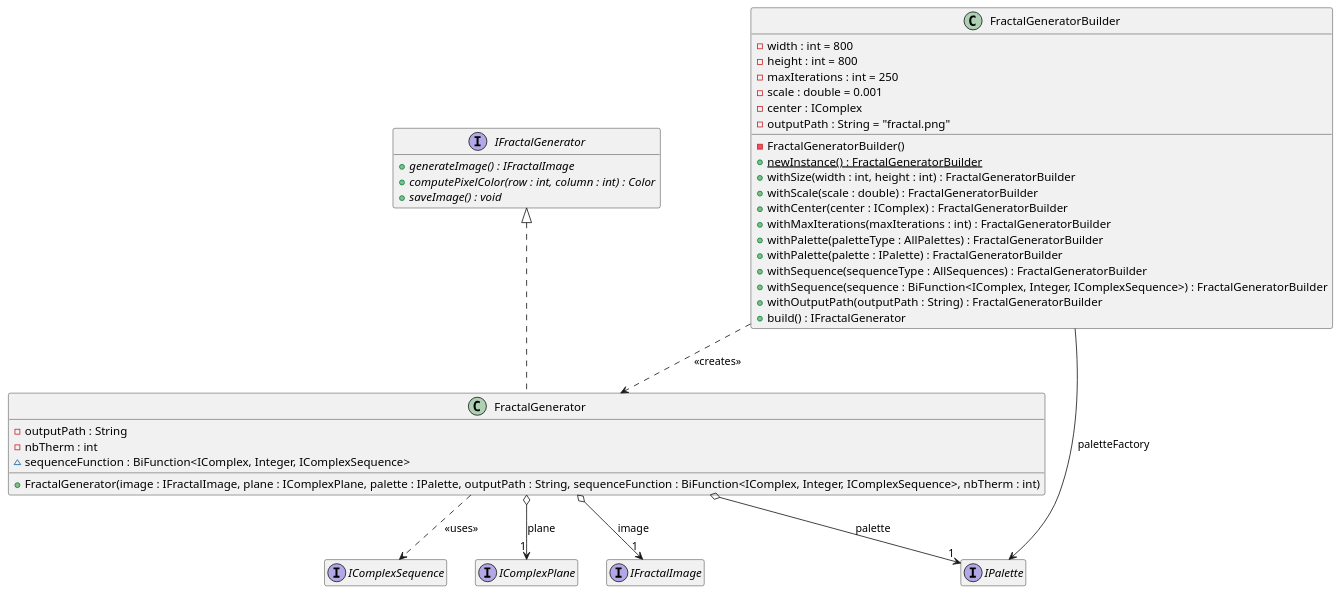
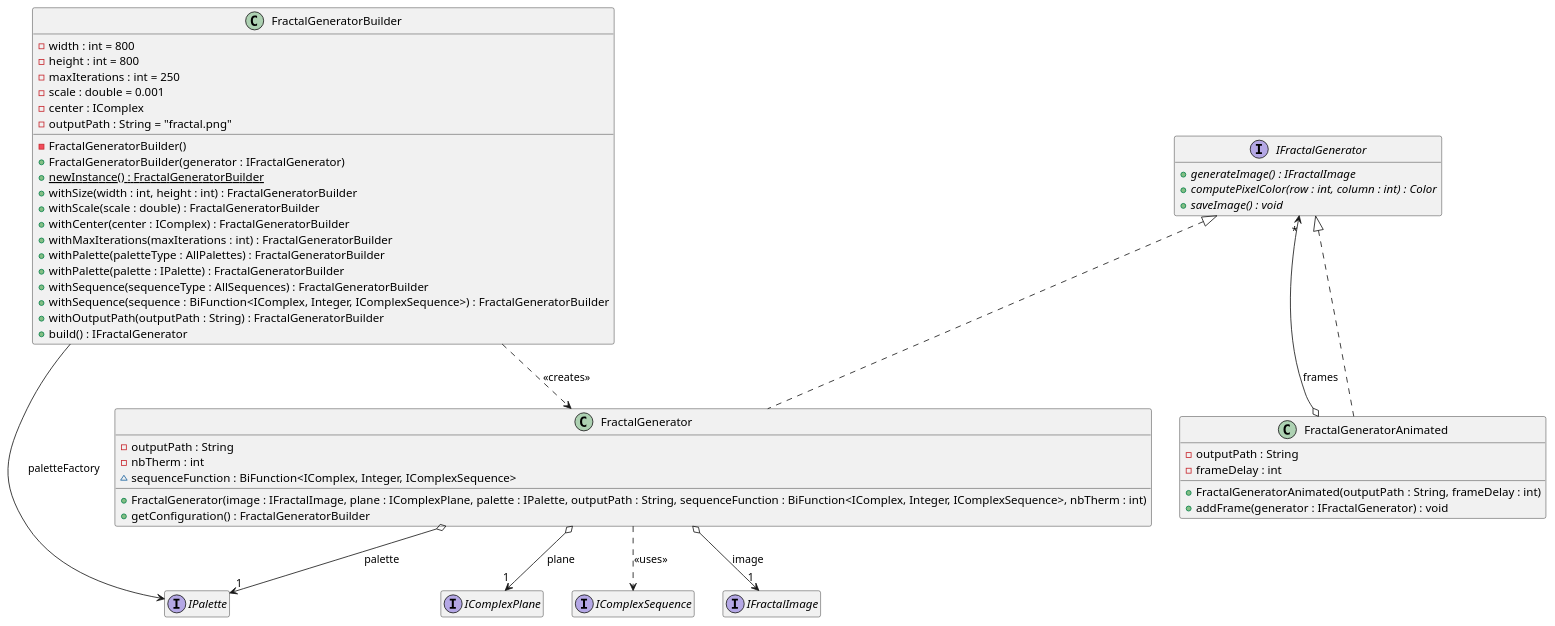
Before and after one commit to marietiers59/FractaLens: the sixth of 7 diagrams in README.md, drawn with PlantUML. The commit also changed other lines of this file, not shown here.

````diff
--- a/README.md
+++ b/README.md
@@ -378,52 +465,63 @@
 ```plantuml
 @startuml
 hide empty members
 
 interface IFractalGenerator {
     + {abstract} generateImage() : IFractalImage
     + {abstract} computePixelColor(row : int, column : int) : Color
     + {abstract} saveImage() : void
 }
 
 class FractalGenerator {
     - outputPath : String
     - nbTherm : int
     ~ sequenceFunction : BiFunction<IComplex, Integer, IComplexSequence>
     + FractalGenerator(image : IFractalImage, plane : IComplexPlane, palette : IPalette, outputPath : String, sequenceFunction : BiFunction<IComplex, Integer, IComplexSequence>, nbTherm : int)
+    + getConfiguration() : FractalGeneratorBuilder
+}
+
+class FractalGeneratorAnimated {
+    - outputPath : String
+    - frameDelay : int
+    + FractalGeneratorAnimated(outputPath : String, frameDelay : int)
+    + addFrame(generator : IFractalGenerator) : void
 }
 
 class FractalGeneratorBuilder {
     - width : int = 800
     - height : int = 800
     - maxIterations : int = 250
     - scale : double = 0.001
     - center : IComplex
     - outputPath : String = "fractal.png"
     - FractalGeneratorBuilder()
+    + FractalGeneratorBuilder(generator : IFractalGenerator)
     + {static} newInstance() : FractalGeneratorBuilder
     + withSize(width : int, height : int) : FractalGeneratorBuilder
     + withScale(scale : double) : FractalGeneratorBuilder
     + withCenter(center : IComplex) : FractalGeneratorBuilder
     + withMaxIterations(maxIterations : int) : FractalGeneratorBuilder
     + withPalette(paletteType : AllPalettes) : FractalGeneratorBuilder
     + withPalette(palette : IPalette) : FractalGeneratorBuilder
     + withSequence(sequenceType : AllSequences) : FractalGeneratorBuilder
     + withSequence(sequence : BiFunction<IComplex, Integer, IComplexSequence>) : FractalGeneratorBuilder
     + withOutputPath(outputPath : String) : FractalGeneratorBuilder
     + build() : IFractalGenerator
 }
 
 interface IFractalImage
 interface IComplexPlane
 interface IPalette
 interface IComplexSequence
 
 IFractalGenerator <|.. FractalGenerator
+IFractalGenerator <|.. FractalGeneratorAnimated
+FractalGeneratorAnimated o--> "*" IFractalGenerator : frames
 FractalGenerator o--> "1" IFractalImage : image
 FractalGenerator o--> "1" IComplexPlane : plane
 FractalGenerator o--> "1" IPalette : palette
 FractalGenerator ..> IComplexSequence : <<uses>>
 FractalGeneratorBuilder ..> FractalGenerator : <<creates>>
 FractalGeneratorBuilder --> IPalette : paletteFactory
 @enduml
 ```
````
